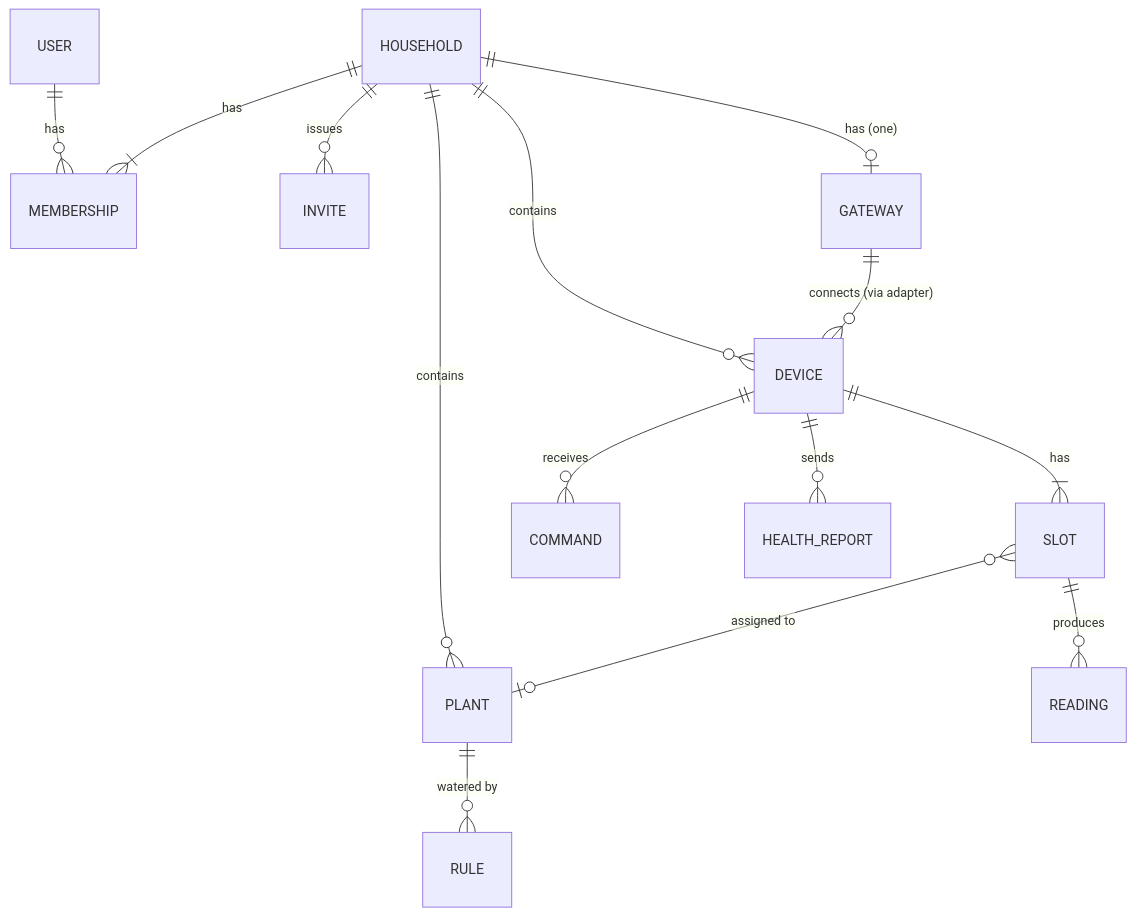
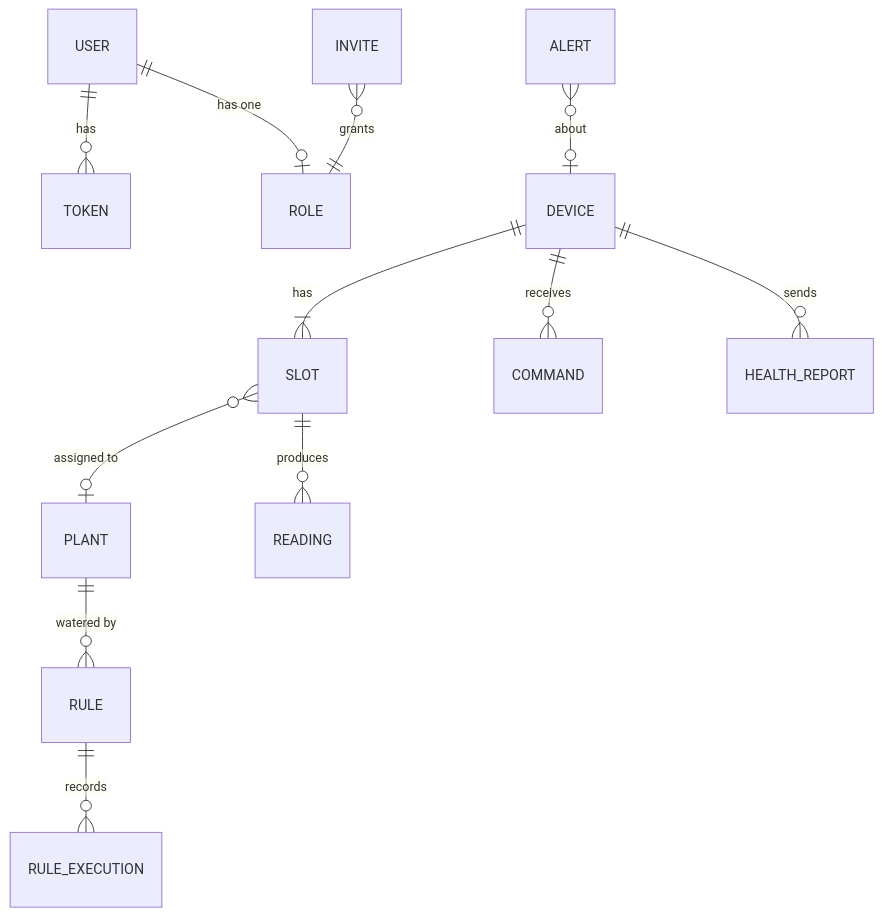
Before and after one commit to Hansom17/MoistureController: the third of 8 diagrams in PROJECT.md, drawn with Mermaid. The commit also changed other lines of this file and 504 other files, not shown here.

First line of the commit message:
Restructure into PlantModule/Gateway/Server/App and rewrite specs for the Zigbee hub design

````diff
--- a/PROJECT.md
+++ b/PROJECT.md
@@ -329,16 +199,14 @@
 ```mermaid
 erDiagram
-    USER ||--o{ MEMBERSHIP : has
-    HOUSEHOLD ||--|{ MEMBERSHIP : has
-    HOUSEHOLD ||--o{ INVITE : issues
-    HOUSEHOLD ||--o| GATEWAY : "has (one)"
-    HOUSEHOLD ||--o{ DEVICE : contains
-    HOUSEHOLD ||--o{ PLANT : contains
-    GATEWAY ||--o{ DEVICE : "connects (via adapter)"
+    USER ||--o{ TOKEN : "has"
+    USER ||--o| ROLE : "has one"
+    INVITE }o--|| ROLE : "grants"
     DEVICE ||--|{ SLOT : has
     SLOT }o--o| PLANT : "assigned to"
     SLOT ||--o{ READING : produces
     DEVICE ||--o{ COMMAND : receives
     PLANT ||--o{ RULE : "watered by"
+    RULE ||--o{ RULE_EXECUTION : records
     DEVICE ||--o{ HEALTH_REPORT : sends
+    ALERT }o--o| DEVICE : about
 ```
````
